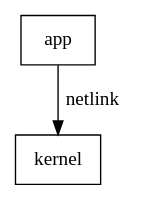
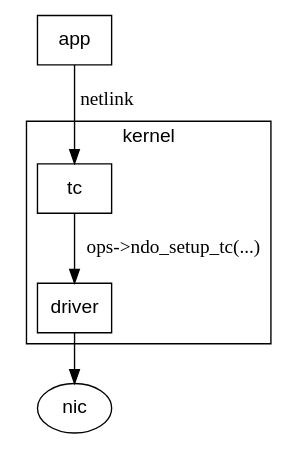
Before and after one commit to donaldh/opi-proto: the diagram in netlink/README.org, drawn with Graphviz. The commit also changed other lines of this file and 1 other file, not shown here.

Commit message:
Add rough classic offload diagram

```diff
--- a/netlink/README.org
+++ b/netlink/README.org
@@ -7,8 +12,18 @@
-#+begin_src dot :file classic-offload.png :tangle classic-offload.txt :exports results
-digraph classic_offload {
+#+begin_src dot :file "classic_offload.png" :exports results
+ digraph classic_offload {
+        fontname="Arial"
+        node [fontname="Arial"]
+        edge [fontname="SF Mono"]
+
         app [shape=box]
-        kernel [shape=box]
+        subgraph cluster_kernel {
+                label = "kernel";
+                tc [shape=box]
+                driver [shape=box]
+        }
 
-        app -> kernel [label="netlink"]
-}
+        app -> tc [label="netlink"]
+        tc -> driver [label="ops->ndo_setup_tc(...)"]
+        driver -> nic
+ }
 #+end_src
```
